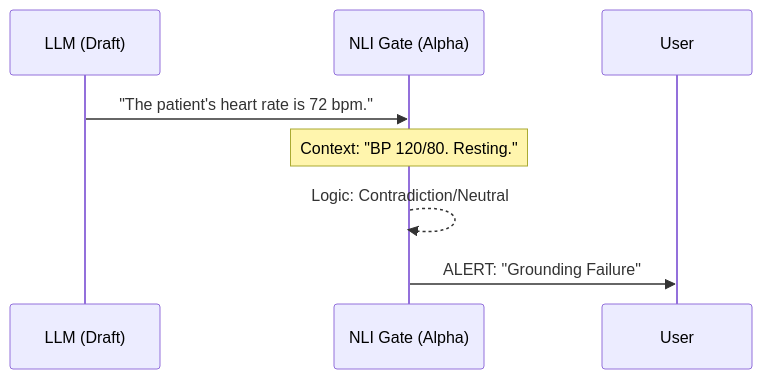
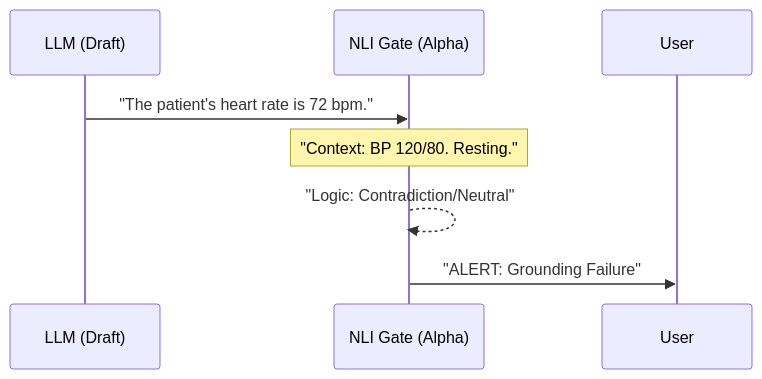
One commit to anandkrshnn/sovereign-ai-stack changed the second of 2 diagrams in README.md. Above: the diagram before and after it, drawn with Mermaid. The commit also changed other lines of this file, not shown here.

Commit message:
Fix Mermaid diagram syntax in README.md

````diff
--- a/README.md
+++ b/README.md
@@ -51,11 +51,11 @@
 ```mermaid
 sequenceDiagram
     participant L as LLM (Draft)
     participant V as NLI Gate (Alpha)
     participant U as User
 
     L->>V: "The patient's heart rate is 72 bpm."
-    Note over V: Context: "BP 120/80. Resting."
-    V-->>V: Logic: Contradiction/Neutral
-    V->>U: ALERT: "Grounding Failure"
+    Note over V: "Context: BP 120/80. Resting."
+    V-->>V: "Logic: Contradiction/Neutral"
+    V->>U: "ALERT: Grounding Failure"
 ```
````
